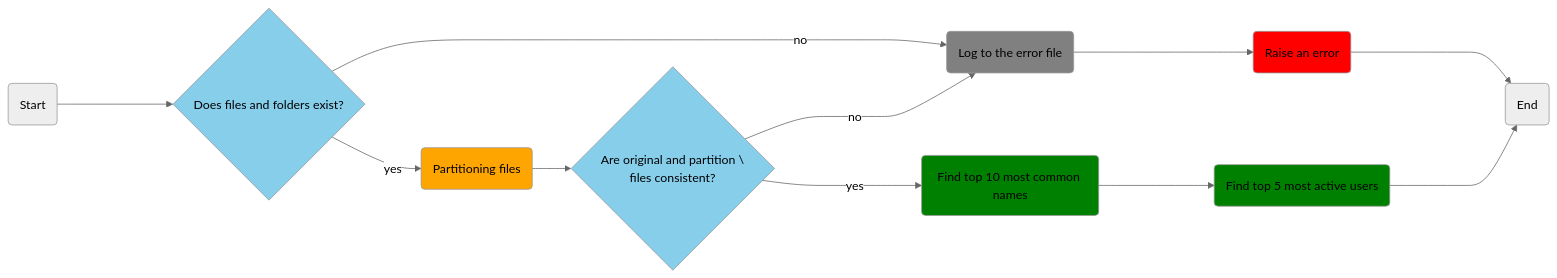
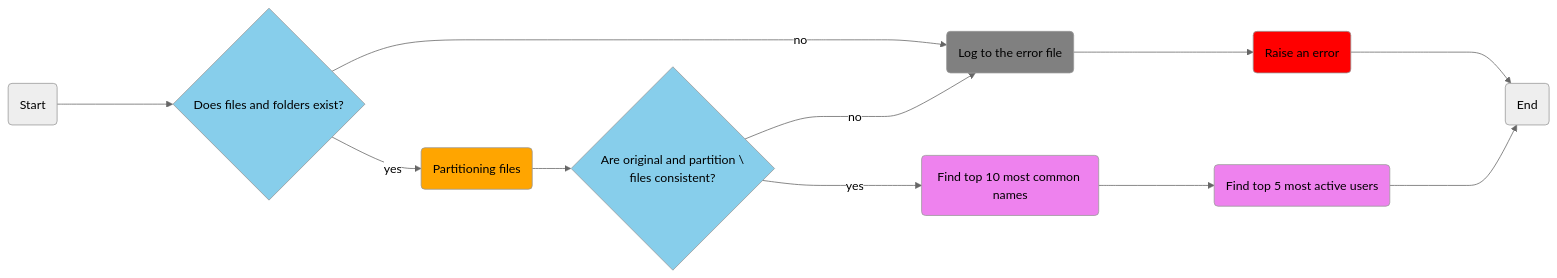
One commit to bbarabadze/DE_Project_1 changed the diagram in readme.md. Above: the diagram before and after it, drawn with Mermaid (neutral theme).

````diff
--- a/readme.md
+++ b/readme.md
@@ -8,31 +8,31 @@
 ```mermaid
 flowchart LR
     S(Start)
     F{Does files and folders exist?}
     style F fill:skyblue
     LG(Log to the error file)
     style LG fill:gray
     E(Raise an error)
     style E fill:red
     D(Partitioning files)
     style D fill:orange
     CR{Are original and partition \\n files consistent?}
     style CR fill:skyblue
     AN5(Find top 10 most common names)
-    style AN5 fill:green
+    style AN5 fill:violet
     AN6(Find top 5 most active users)
-    style AN6 fill:green
+    style AN6 fill:violet
     END(End)
     S ----> F
     F -->|yes| D
     F ---->|no| LG
     D --> CR
     CR ----> |yes| AN5
     CR ----> |no| LG
     LG ----> E
     E ----> END
     AN5 ----> AN6
     AN6 ----> END
 
 
 ```
````
